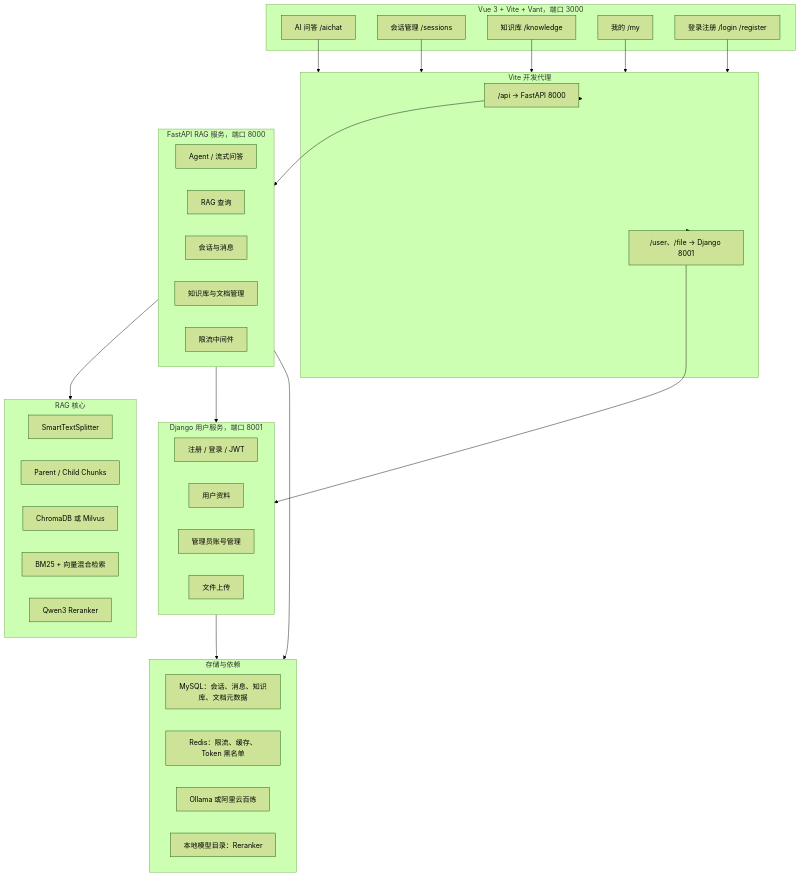
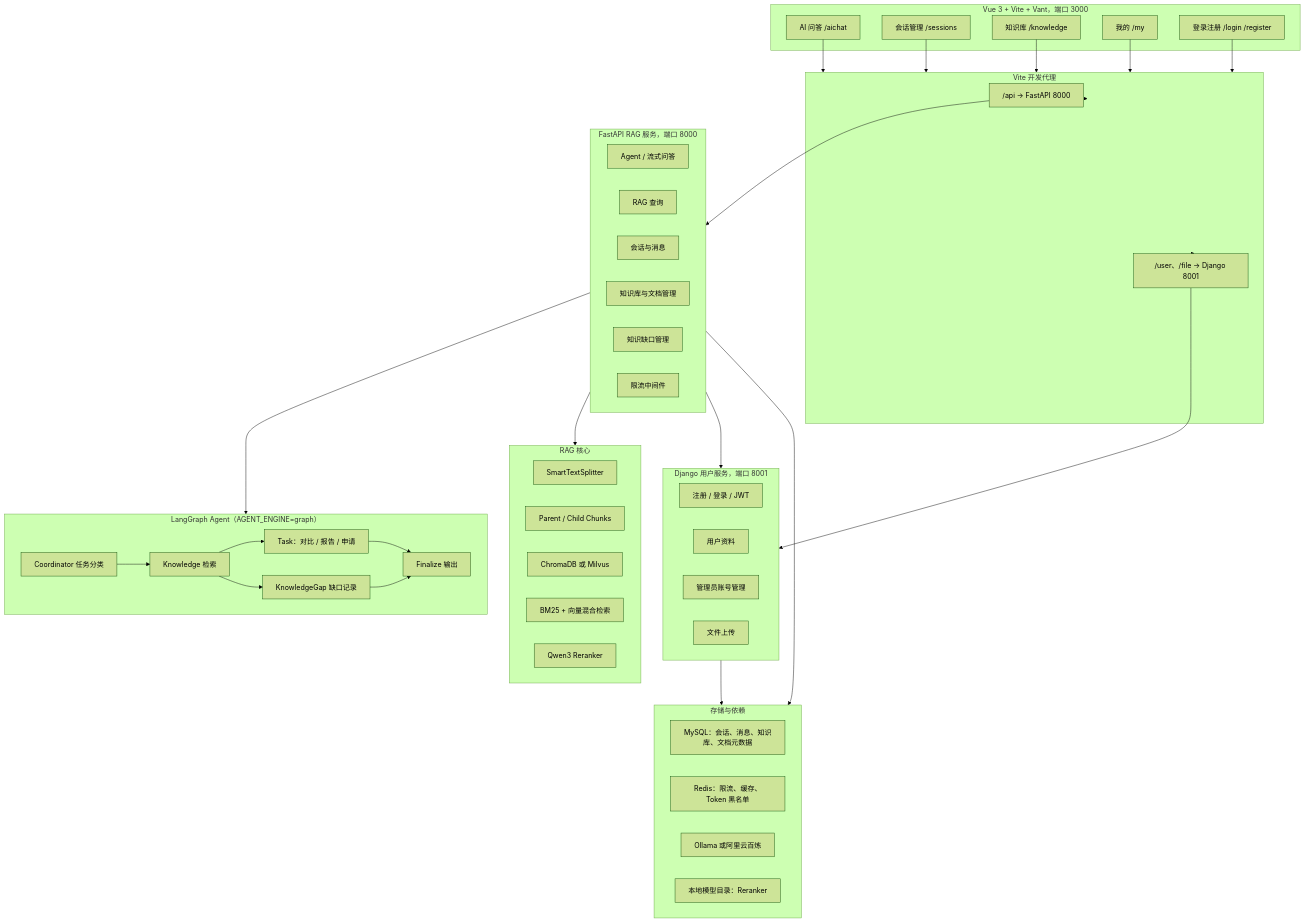
The diagram in README.md (yinhanxy/agent_project), drawn with Mermaid (forest theme) before and after one commit. The commit also changed other lines of this file, not shown here.

First line of the commit message:
docs: 更新 README 反映 LangGraph 引擎/任务工具/知识缺口等新增能力

````diff
--- a/README.md
+++ b/README.md
@@ -81,53 +87,68 @@
 ```mermaid
 flowchart TD
     subgraph Frontend["Vue 3 + Vite + Vant，端口 3000"]
         A["AI 问答 /aichat"]
         B["会话管理 /sessions"]
         C["知识库 /knowledge"]
         D["我的 /my"]
         E["登录注册 /login /register"]
     end
 
     subgraph Gateway["Vite 开发代理"]
         P1["/api -> FastAPI 8000"]
         P2["/user、/file -> Django 8001"]
     end
 
     subgraph FastAPI["FastAPI RAG 服务，端口 8000"]
         F1["Agent / 流式问答"]
         F2["RAG 查询"]
         F3["会话与消息"]
         F4["知识库与文档管理"]
-        F5["限流中间件"]
+        F5["知识缺口管理"]
+        F6["限流中间件"]
+    end
+
+    subgraph Graph["LangGraph Agent（AGENT_ENGINE=graph）"]
+        G1["Coordinator 任务分类"]
+        G2["Knowledge 检索"]
+        G3["Task：对比 / 报告 / 申请"]
+        G4["KnowledgeGap 缺口记录"]
+        G5["Finalize 输出"]
+        G1 --> G2
+        G2 --> G3
+        G2 --> G4
+        G3 --> G5
+        G4 --> G5
     end
 
     subgraph RAG["RAG 核心"]
         R1["SmartTextSplitter"]
         R2["Parent / Child Chunks"]
         R3["ChromaDB 或 Milvus"]
         R4["BM25 + 向量混合检索"]
         R5["Qwen3 Reranker"]
     end
 
     subgraph UserService["Django 用户服务，端口 8001"]
         U1["注册 / 登录 / JWT"]
         U2["用户资料"]
         U3["管理员账号管理"]
         U4["文件上传"]
     end
 
     subgraph Storage["存储与依赖"]
         S1["MySQL：会话、消息、知识库、文档元数据"]
         S2["Redis：限流、缓存、Token 黑名单"]
         S3["Ollama 或阿里云百炼"]
         S4["本地模型目录：Reranker"]
     end
 
     A & B & C & D & E --> Gateway
     Gateway --> P1 --> FastAPI
     Gateway --> P2 --> UserService
+    FastAPI --> Graph
     FastAPI --> RAG
     FastAPI --> UserService
     FastAPI --> Storage
     UserService --> Storage
 ```
````
